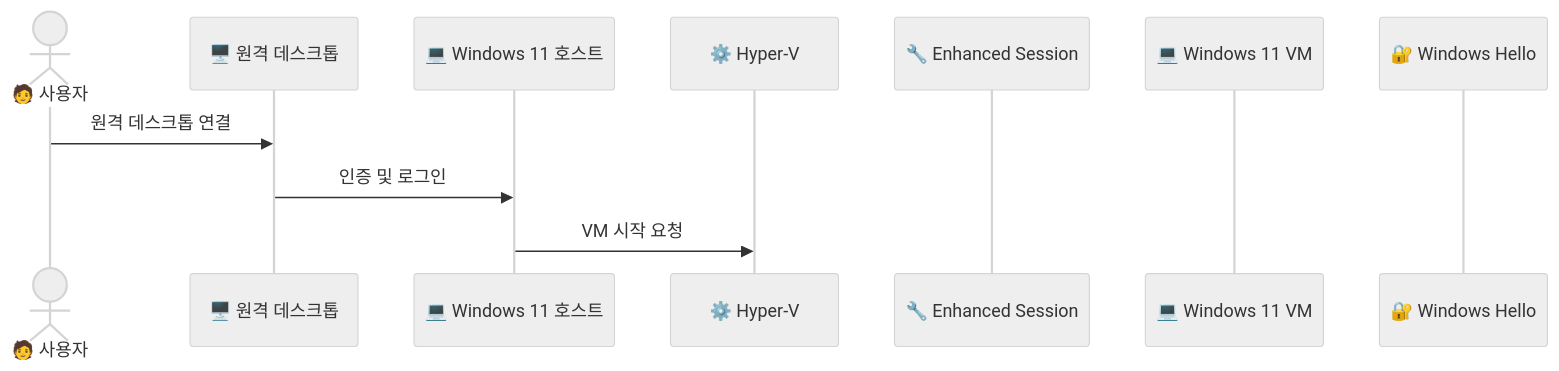
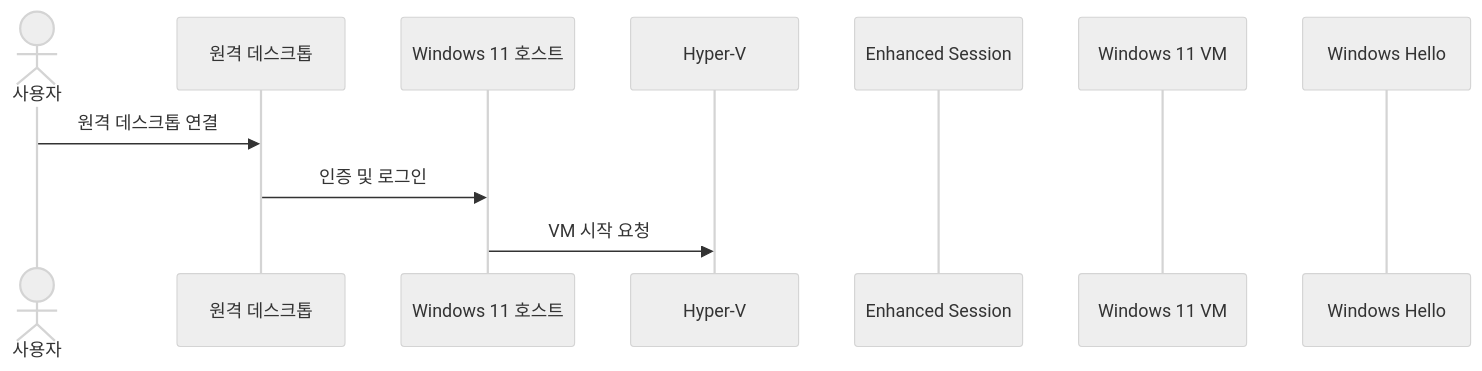
Before and after one commit to 42jerrykim/42jerrykim.github.io: the second of 2 diagrams in content/post/2025/2025-10-16-markdown-preview-enhanced/index.md, drawn with Mermaid (neutral theme). The commit also changed other lines of this file and 239 other files, not shown here.

````diff
--- a/content/post/2025/2025-10-16-markdown-preview-enhanced/index.md
+++ b/content/post/2025/2025-10-16-markdown-preview-enhanced/index.md
@@ -129,14 +177,14 @@
 ```mermaid
 sequenceDiagram
-    actor User as 🧑 사용자
-    participant RDP as 🖥️ 원격 데스크톱
-    participant Host as 💻 Windows 11 호스트
-    participant HyperV as ⚙️ Hyper-V
-    participant ESM as 🔧 Enhanced Session
-    participant VM as 💻 Windows 11 VM
-    participant WHello as 🔐 Windows Hello
-    
-    User ->>RDP: 원격 데스크톱 연결
-    RDP ->>Host: 인증 및 로그인
-    Host ->>HyperV: VM 시작 요청
+    actor UserActor as 사용자
+    participant RDPClient as 원격 데스크톱
+    participant WinHost as Windows 11 호스트
+    participant HyperV as Hyper-V
+    participant ESM as Enhanced Session
+    participant WinVM as Windows 11 VM
+    participant WHello as Windows Hello
+
+    UserActor ->> RDPClient: 원격 데스크톱 연결
+    RDPClient ->> WinHost: 인증 및 로그인
+    WinHost ->> HyperV: VM 시작 요청
 ```
````
